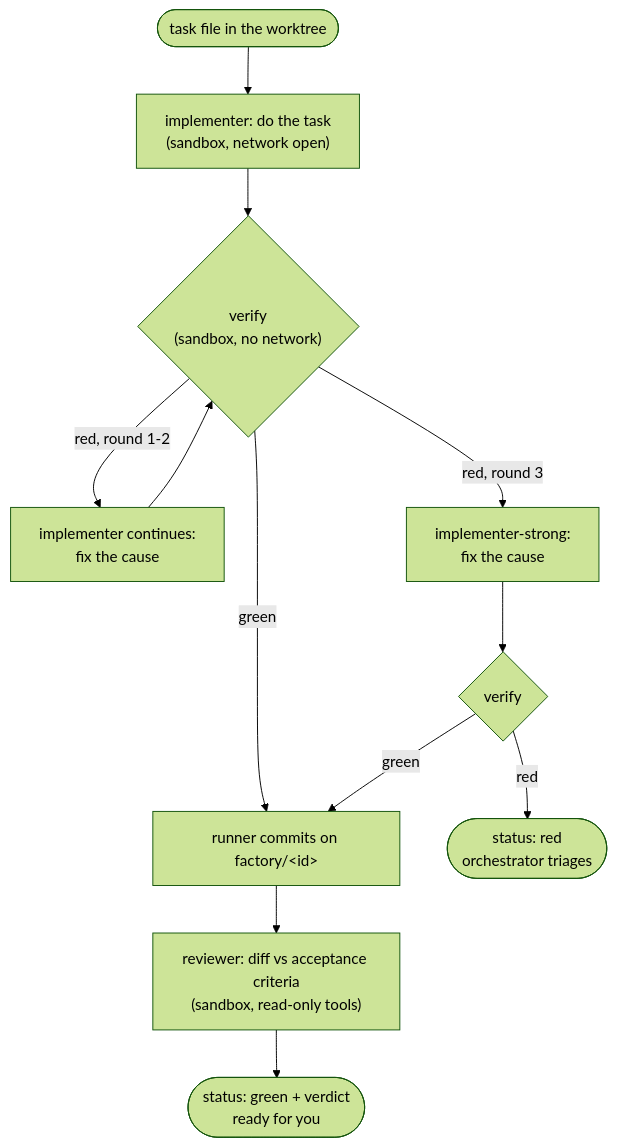
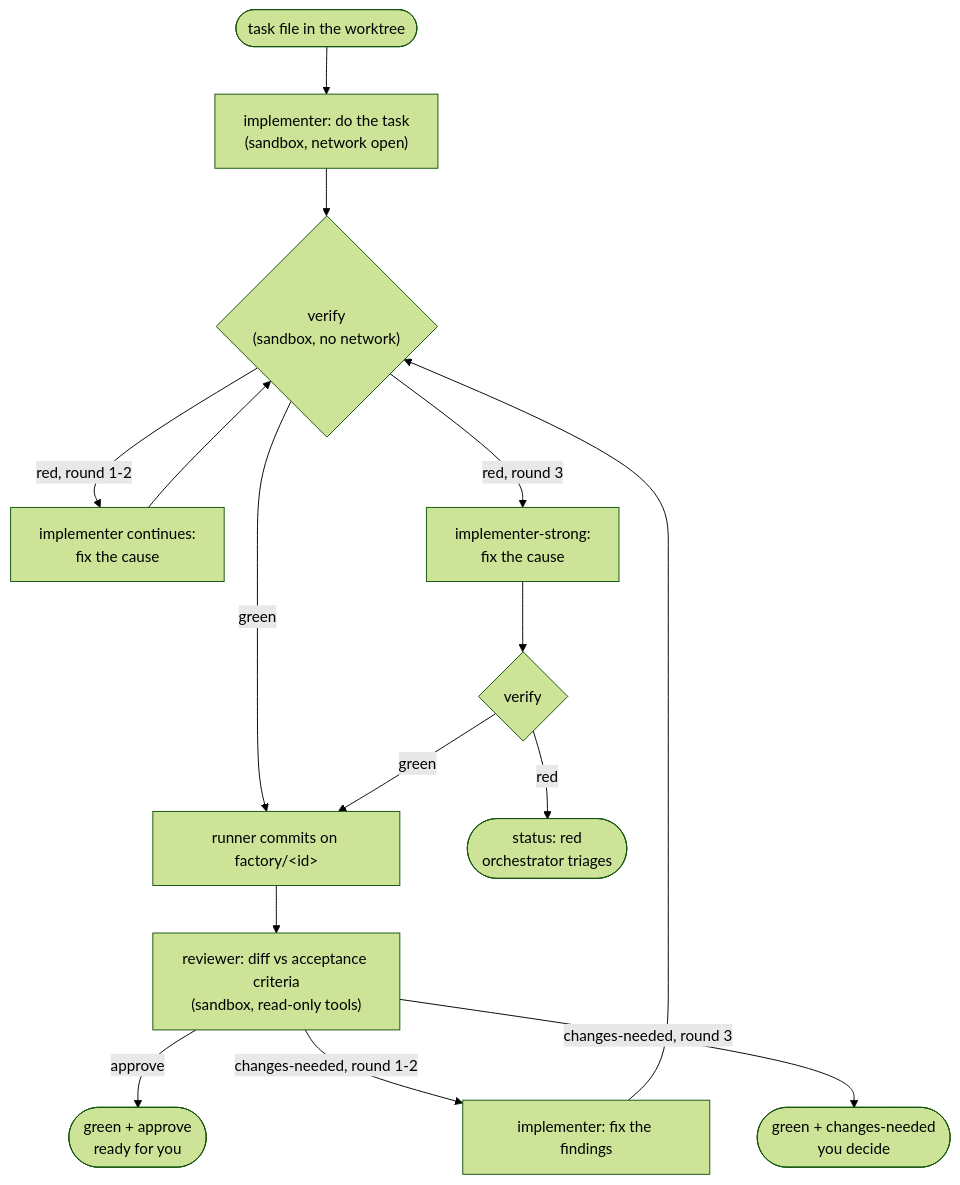
One commit to optbalance/factory-model changed the fifth of 5 diagrams in docs/how-to/how-the-factory-works.md. Above: the diagram before and after it, drawn with Mermaid (forest theme). The commit also changed other lines of this file and 6 other files, not shown here.

````diff
--- a/docs/how-to/how-the-factory-works.md
+++ b/docs/how-to/how-the-factory-works.md
@@ -192,12 +198,14 @@
 ```mermaid
 flowchart TD
   S(["task file in the worktree"]) --> I["implementer: do the task<br/>(sandbox, network open)"]
   I --> V{"verify<br/>(sandbox, no network)"}
   V -- green --> C["runner commits on factory/&lt;id&gt;"]
   V -- "red, round 1-2" --> F["implementer continues:<br/>fix the cause"] --> V
   V -- "red, round 3" --> E["implementer-strong:<br/>fix the cause"] --> V2{"verify"}
   V2 -- green --> C
   V2 -- red --> R(["status: red<br/>orchestrator triages"])
   C --> RV["reviewer: diff vs acceptance criteria<br/>(sandbox, read-only tools)"]
-  RV --> D(["status: green + verdict<br/>ready for you"])
+  RV -- approve --> D(["green + approve<br/>ready for you"])
+  RV -- "changes-needed, round 1-2" --> RF["implementer: fix the findings"] --> V
+  RV -- "changes-needed, round 3" --> D2(["green + changes-needed<br/>you decide"])
 ```
````
